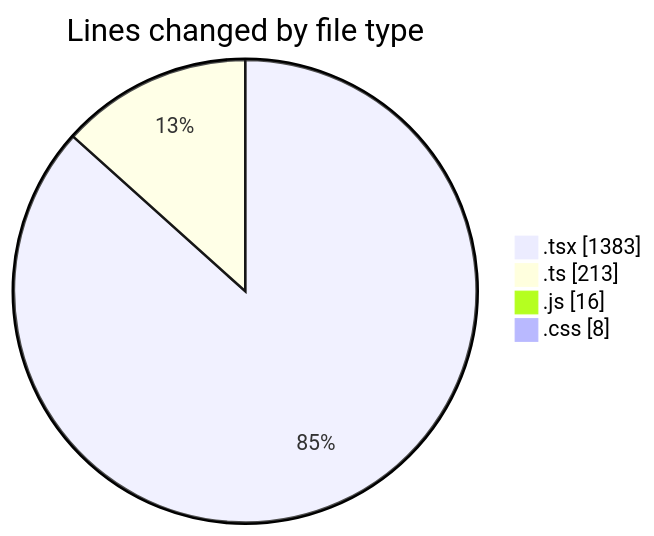
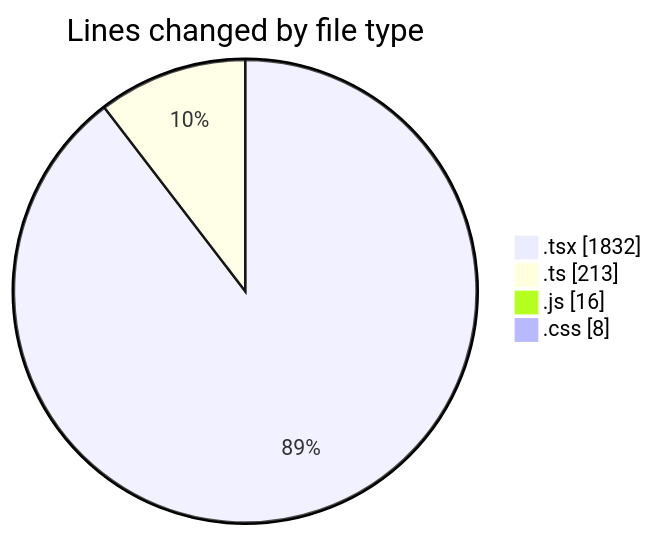
One commit to robertbonfada/code-tracking changed the first of 2 diagrams in 2025-01-17/mbc-web/README.md. Above: the diagram before and after it, drawn with Mermaid. The commit also changed other lines of this file and 1 other file, not shown here.

````diff
--- a/2025-01-17/mbc-web/README.md
+++ b/2025-01-17/mbc-web/README.md
@@ -32,8 +32,8 @@
 ```mermaid
 pie showData
 title Lines changed by file type
-".tsx" : 1383
+".tsx" : 1832
 ".ts" : 213
 ".js" : 16
 ".css" : 8
 ```
````
